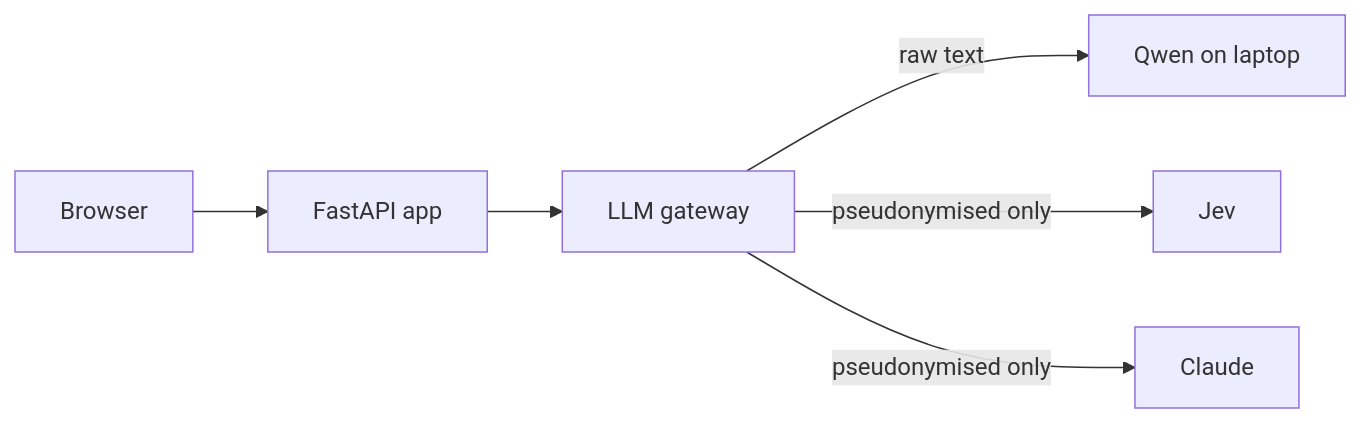
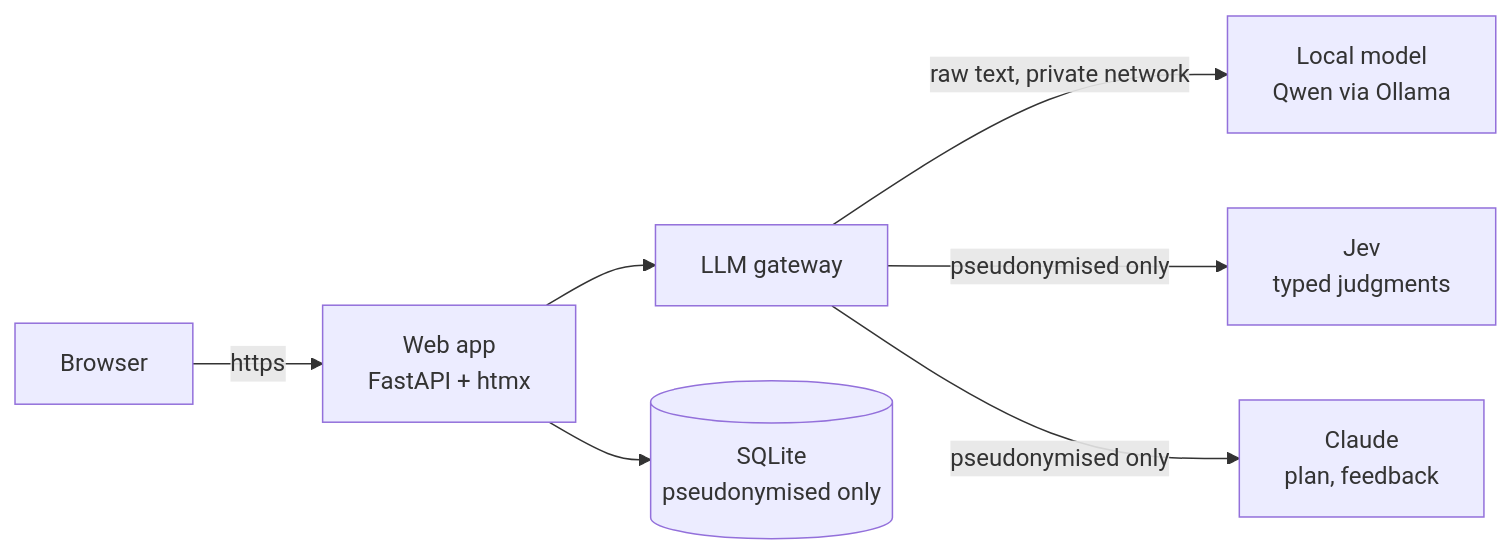
The diagram in README.md (GeorgeThiel-hob/interview-coach), drawn with Mermaid before and after one commit. The commit also changed other lines of this file and 37 other files, not shown here.

````diff
--- a/README.md
+++ b/README.md
@@ -16,7 +21,9 @@
 ```mermaid
 flowchart LR
-  B[Browser] --> A[FastAPI app] --> G[LLM gateway]
-  G -- raw text --> Q[Qwen on laptop]
-  G -- pseudonymised only --> J[Jev]
-  G -- pseudonymised only --> C[Claude]
+  B[Browser] -->|https| A[Web app<br/>FastAPI + htmx]
+  A --> G[LLM gateway]
+  A --> D[(SQLite<br/>pseudonymised only)]
+  G -->|raw text, private network| Q[Local model<br/>Qwen via Ollama]
+  G -->|pseudonymised only| J[Jev<br/>typed judgments]
+  G -->|pseudonymised only| C[Claude<br/>plan, feedback]
 ```
````
